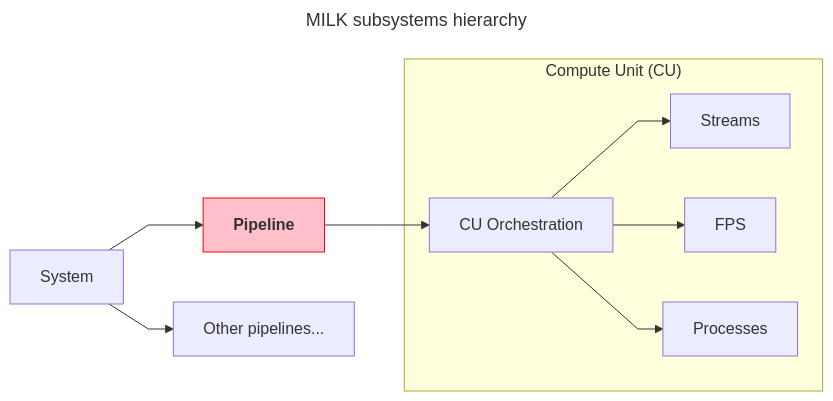
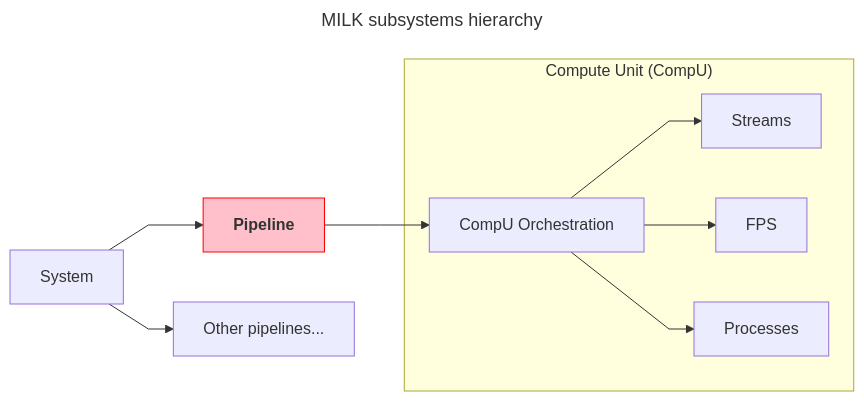
One commit to milk-org/milk changed the diagram in docs/pipelines.md. Above: the diagram before and after it, drawn with Mermaid. The commit also changed other lines of this file and 11 other files, not shown here.

````diff
--- a/docs/pipelines.md
+++ b/docs/pipelines.md
@@ -3,25 +5,25 @@
 ```mermaid
 ---
 title: MILK subsystems hierarchy
 config:
   flowchart:
     curve: linear
 ---
 graph LR
     Sys[System] -->
     P["`**Pipeline**`"]
     P2["Other pipelines..."]
     Sys --> P2
-    subgraph CUG ["Compute Unit (CU)"]
-        CU[CU Orchestration]
+    subgraph CompUG ["Compute Unit (CompU)"]
+        CompU[CompU Orchestration]
         St[Streams]
         FPS[FPS]
         Proc[Processes]
-        CU --> St
-        CU --> FPS
-        CU --> Proc
+        CompU --> St
+        CompU --> FPS
+        CompU --> Proc
     end
-    P --> CU
+    P --> CompU
 
     style P fill:pink,stroke:red
 ```
````
